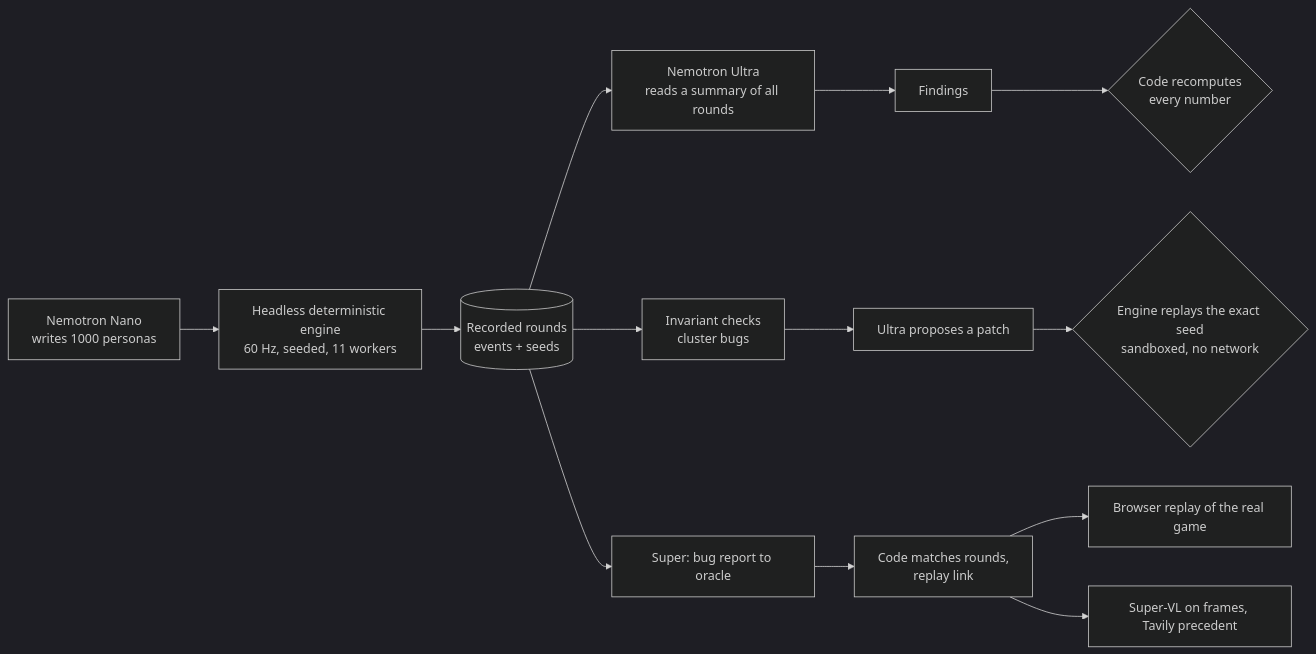
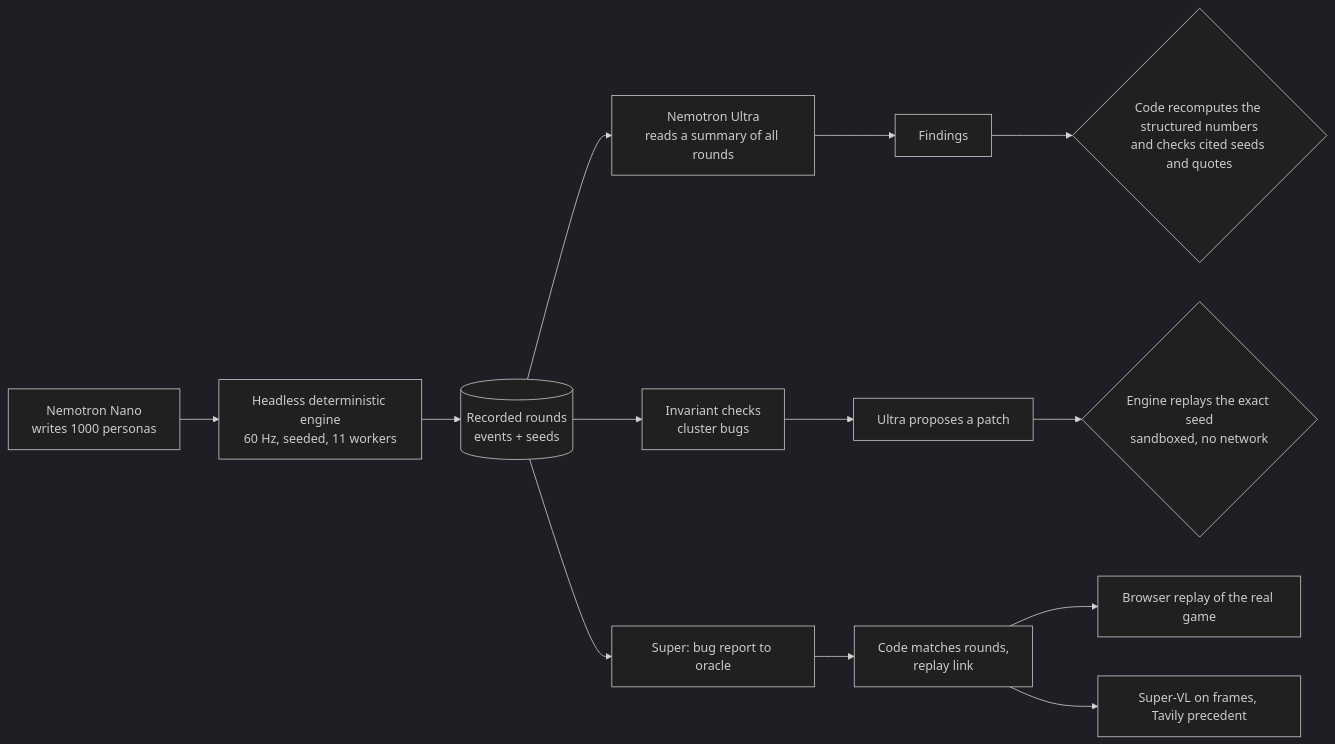
One commit to Ps23102004/a-thousand-players changed the diagram in README.md. Above: the diagram before and after it, drawn with Mermaid (dark theme). The commit also changed other lines of this file and 6 other files, not shown here.

````diff
--- a/README.md
+++ b/README.md
@@ -30,15 +30,15 @@
 ```mermaid
 flowchart LR
   P[Nemotron Nano<br/>writes 1000 personas] --> C[Headless deterministic engine<br/>60 Hz, seeded, 11 workers]
   C --> R[(Recorded rounds<br/>events + seeds)]
   R --> U[Nemotron Ultra<br/>reads a summary of all rounds]
   U --> F[Findings]
-  F --> V{Code recomputes<br/>every number}
+  F --> V{Code recomputes the structured numbers<br/>and checks cited seeds and quotes}
   R --> B[Invariant checks<br/>cluster bugs]
   B --> T[Ultra proposes a patch]
   T --> Y{Engine replays the exact seed<br/>sandboxed, no network}
   R --> Q[Super: bug report to oracle]
   Q --> M[Code matches rounds,<br/>replay link]
   M --> L[Browser replay of the real game]
   M --> E[Super-VL on frames, Tavily precedent]
 ```
````
